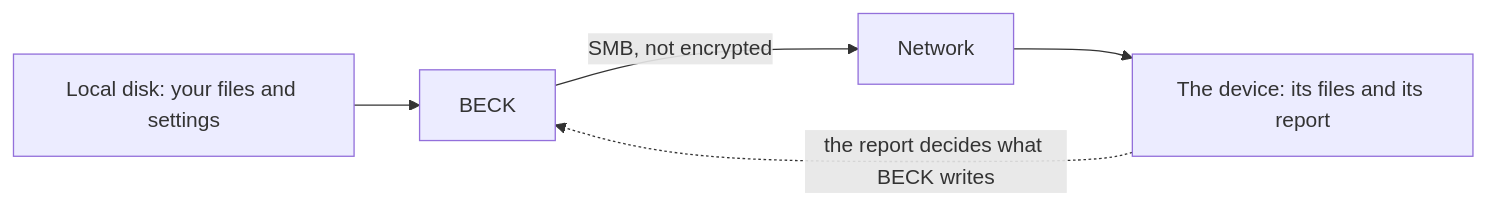
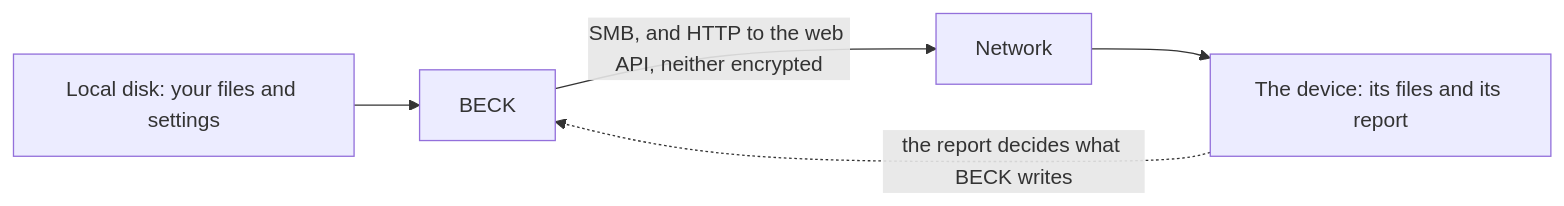
The diagram in docs/threat-model.md (Andredson/BECK), drawn with Mermaid before and after one commit. The commit also changed other lines of this file and 33 other files, not shown here.

````diff
--- a/docs/threat-model.md
+++ b/docs/threat-model.md
@@ -14,7 +14,7 @@
 ```mermaid
 flowchart LR
     A[Local disk: your files and settings] --> B[BECK]
-    B -- "SMB, not encrypted" --> C[Network]
+    B -- "SMB, and HTTP to the web API, neither encrypted" --> C[Network]
     C --> D[The device: its files and its report]
     D -. "the report decides what BECK writes" .-> B
 ```
````
